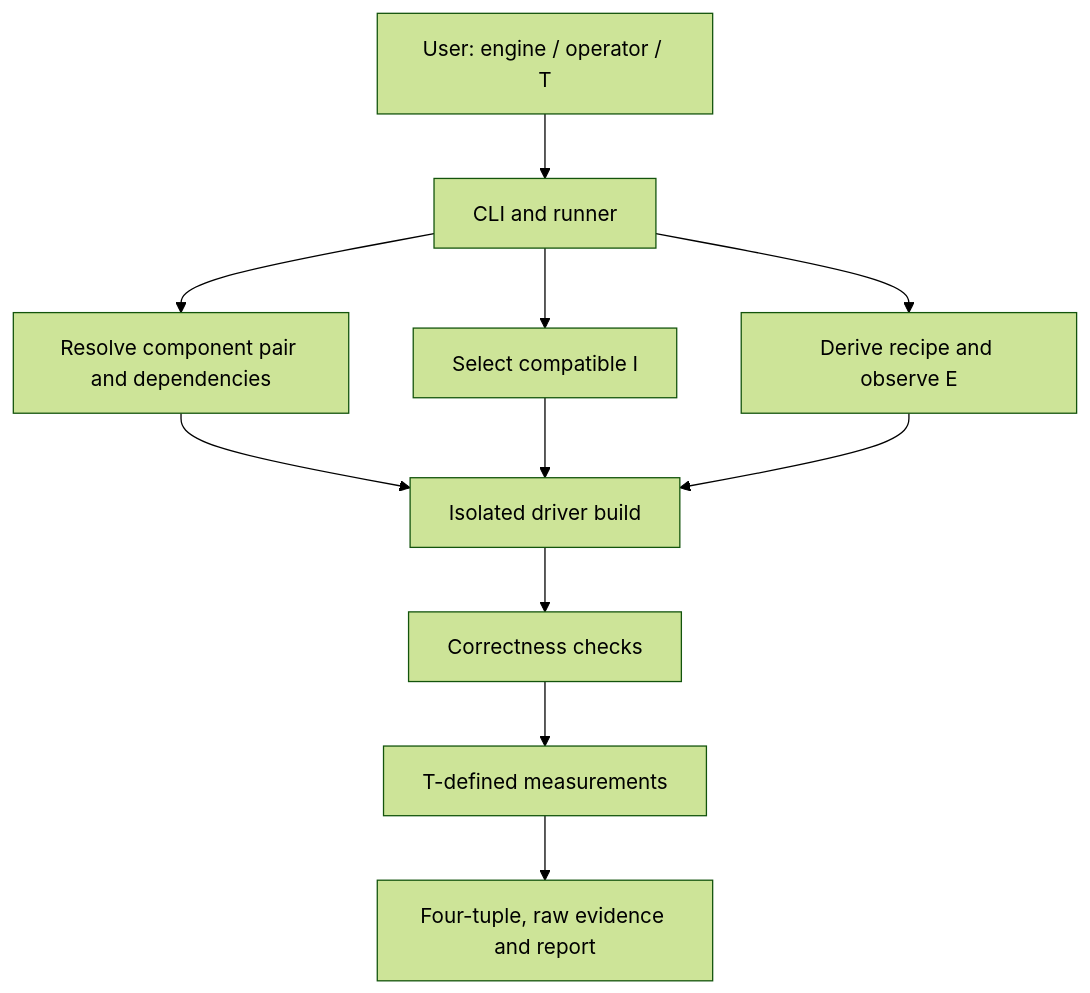
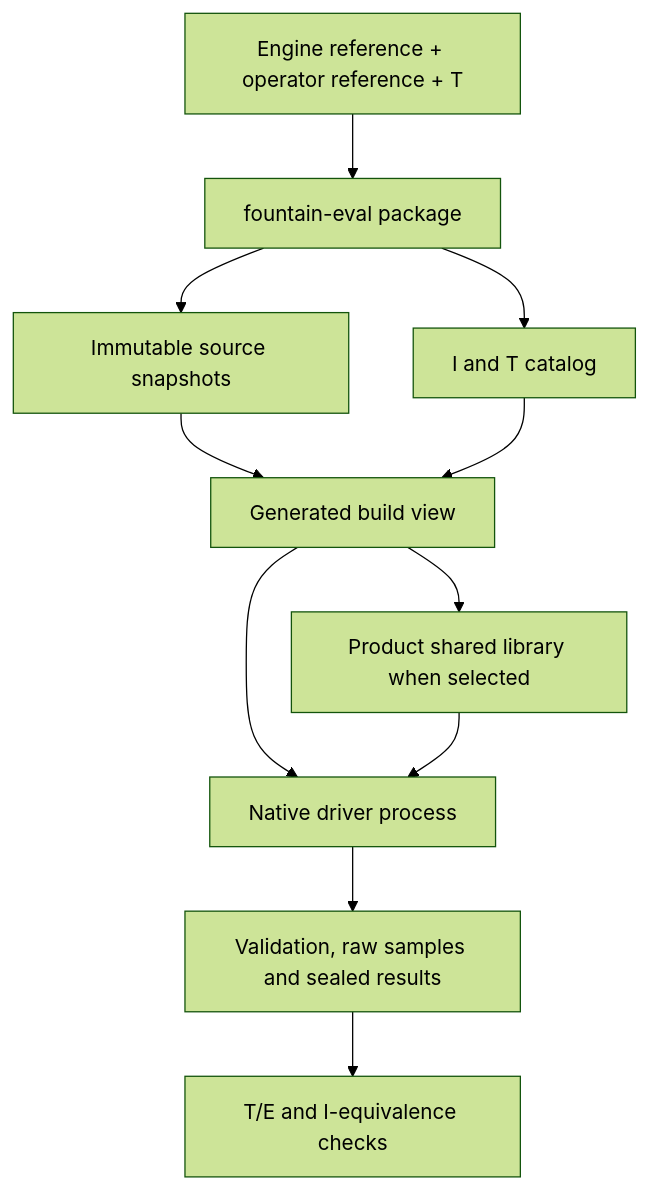
Before and after one commit to Gideon-0709/fountain_eval: the diagram in DESIGN.md, drawn with Mermaid (forest theme). The commit also changed other lines of this file and 39 other files, not shown here.

Commit message:
Implement isolated native evaluation and reproducible evidence

````diff
--- a/DESIGN.md
+++ b/DESIGN.md
@@ -84,13 +40,13 @@
 ```mermaid
 flowchart TD
-    U["User: engine / operator / T"] --> R["CLI and runner"]
-    R --> C["Resolve component pair and dependencies"]
-    R --> I["Select compatible I"]
-    R --> E["Derive recipe and observe E"]
-    C --> B["Isolated driver build"]
-    I --> B
-    E --> B
-    B --> V["Correctness checks"]
-    V --> M["T-defined measurements"]
-    M --> O["Four-tuple, raw evidence and report"]
+  User[Engine reference + operator reference + T] --> Eval[fountain-eval package]
+  Eval --> Frozen[Immutable source snapshots]
+  Eval --> Registry[I and T catalog]
+  Frozen --> View[Generated build view]
+  Registry --> View
+  View --> Driver[Native driver process]
+  View --> Product[Product shared library when selected]
+  Product --> Driver
+  Driver --> Evidence[Validation, raw samples and sealed results]
+  Evidence --> Compare[T/E and I-equivalence checks]
 ```
````
